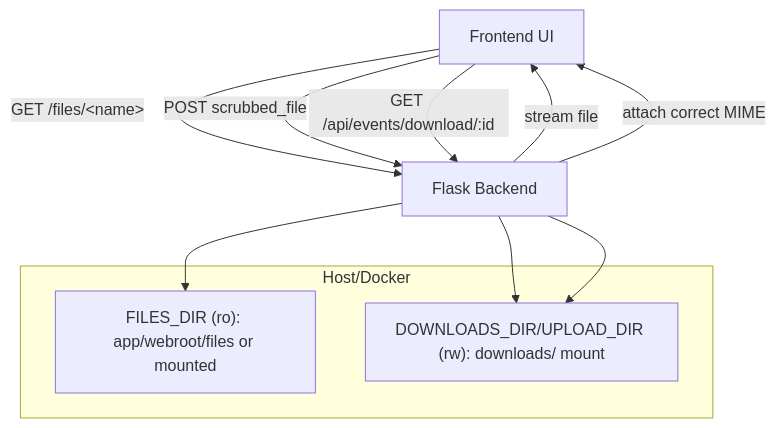
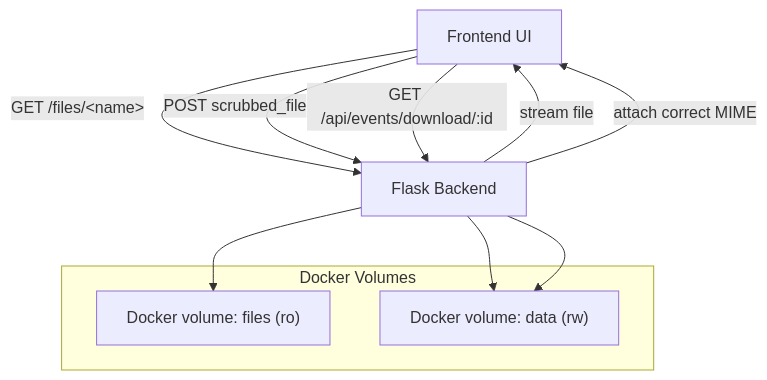
Before and after one commit to uwcirg/cnics-validation: the fourth of 4 diagrams in docs/WORKFLOW.md, drawn with Mermaid.

Commit message:
docs: update File Flows diagram to Docker volumes only (no host paths)

````diff
--- a/docs/WORKFLOW.md
+++ b/docs/WORKFLOW.md
@@ -56,20 +56,20 @@
 ```mermaid
 graph TB
-  subgraph "Host/Docker"
-    FDIR["FILES_DIR (ro): app/webroot/files or mounted"]
-    DDIR["DOWNLOADS_DIR/UPLOAD_DIR (rw): downloads/ mount"]
+  subgraph "Docker Volumes"
+    FDIR["Docker volume: files (ro)"]
+    DDIR["Docker volume: data (rw)"]
   end
 
   AUI[Frontend UI]
   BE[Flask Backend]
 
   AUI -- GET /files/&lt;name&gt; --> BE
   BE --> FDIR
   BE -- stream file --> AUI
 
   AUI -- POST scrubbed_file --> BE
   BE --> DDIR
   AUI -- GET /api/events/download/:id --> BE
   BE --> DDIR
   BE -- attach correct MIME --> AUI
 ```
````
